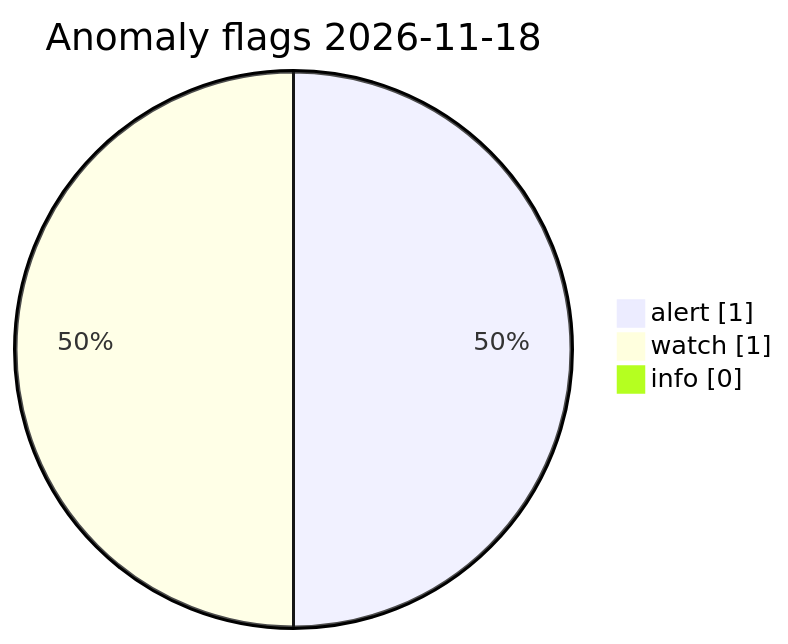
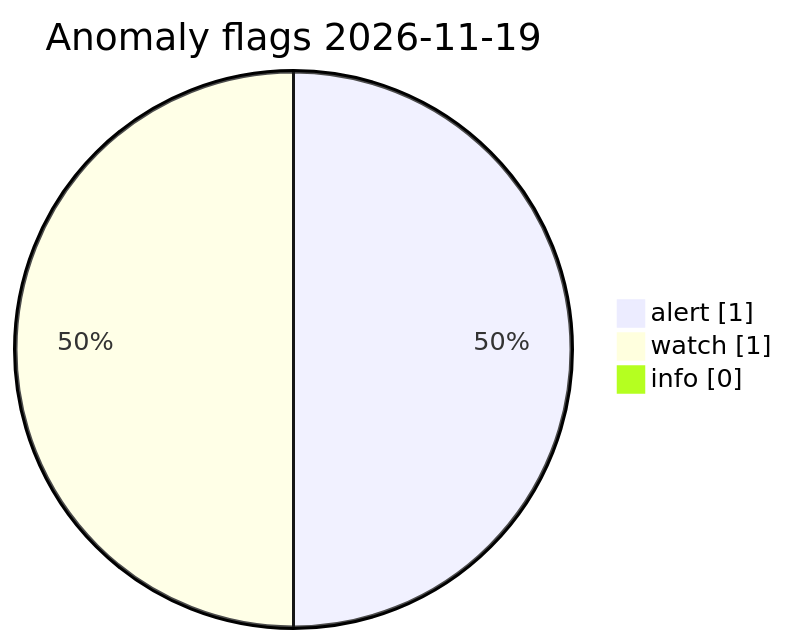
One commit to Midwest-Stratospheric/Unified-Open-Global-Weather changed the diagram in visuals/latest/CHARTS.md. Above: the diagram before and after it, drawn with Mermaid. The commit also changed other lines of this file and 23 other files, not shown here.

Commit message:
data(visuals): automated charts 2026-11-19T14:00Z

````diff
--- a/visuals/latest/CHARTS.md
+++ b/visuals/latest/CHARTS.md
@@ -73,7 +73,7 @@
 ```mermaid
 pie showData
-  title Anomaly flags 2026-11-18
+  title Anomaly flags 2026-11-19
   "alert" : 1
   "watch" : 1
   "info" : 0
 ```
````
